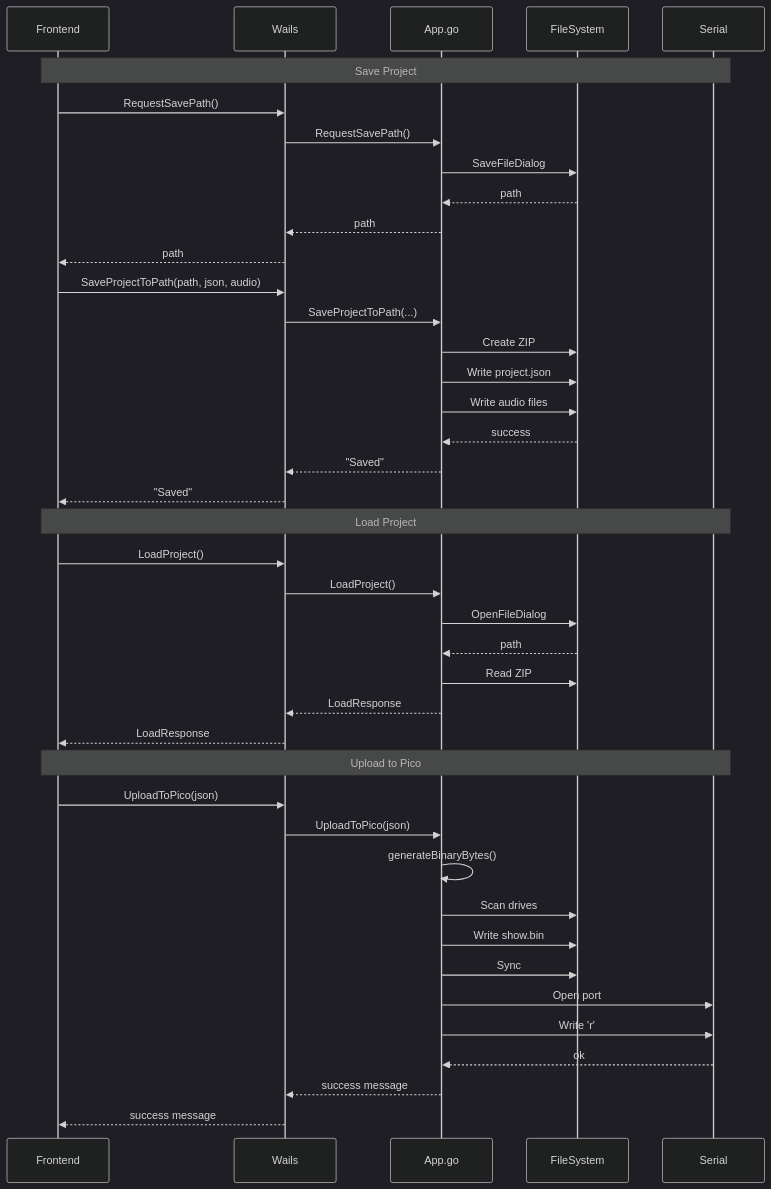
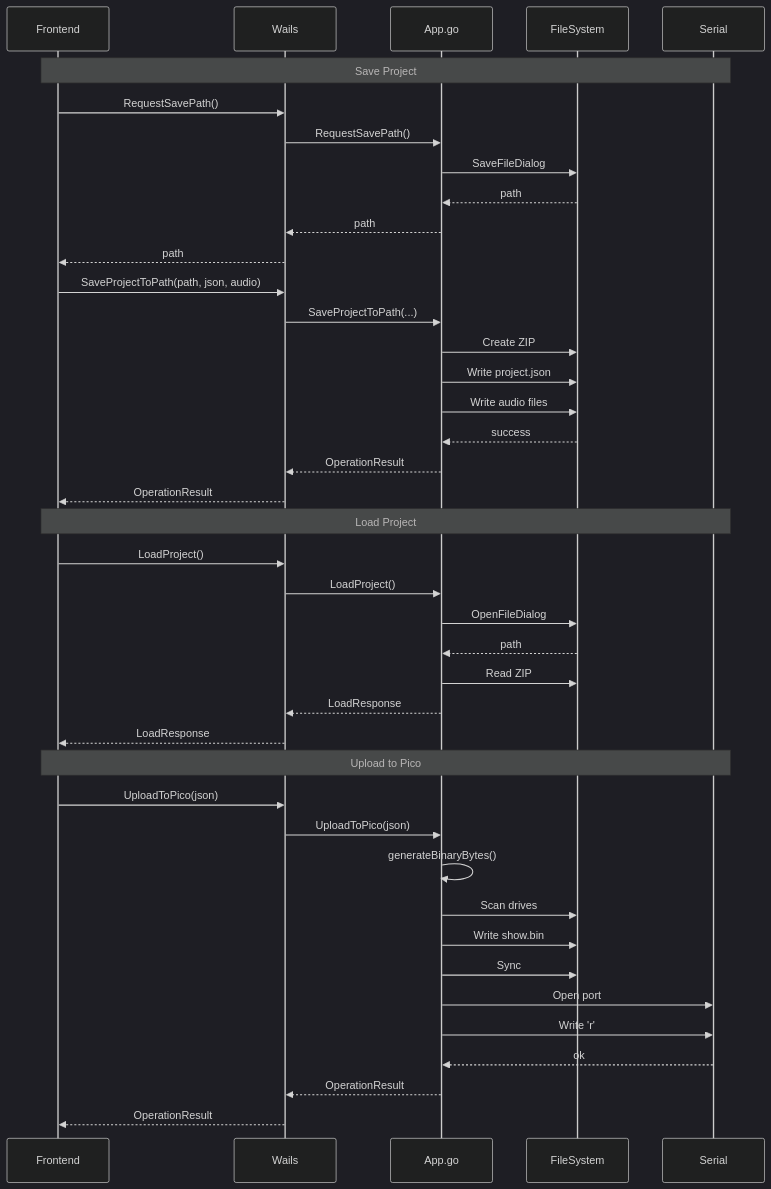
Before and after one commit to picolume/studio: diagram 11 of 11 in SOFTWARE_REQUIREMENTS_DOCUMENT.md, drawn with Mermaid (dark theme). The commit also changed other lines of this file and 2 other files, not shown here.

````diff
--- a/SOFTWARE_REQUIREMENTS_DOCUMENT.md
+++ b/SOFTWARE_REQUIREMENTS_DOCUMENT.md
@@ -1563,48 +1595,48 @@
 ```mermaid
 sequenceDiagram
     participant Frontend
     participant Wails
     participant App.go
     participant FileSystem
     participant Serial
 
     Note over Frontend,Serial: Save Project
     Frontend->>Wails: RequestSavePath()
     Wails->>App.go: RequestSavePath()
     App.go->>FileSystem: SaveFileDialog
     FileSystem-->>App.go: path
     App.go-->>Wails: path
     Wails-->>Frontend: path
 
     Frontend->>Wails: SaveProjectToPath(path, json, audio)
     Wails->>App.go: SaveProjectToPath(...)
     App.go->>FileSystem: Create ZIP
     App.go->>FileSystem: Write project.json
     App.go->>FileSystem: Write audio files
     FileSystem-->>App.go: success
-    App.go-->>Wails: "Saved"
-    Wails-->>Frontend: "Saved"
+    App.go-->>Wails: OperationResult
+    Wails-->>Frontend: OperationResult
 
     Note over Frontend,Serial: Load Project
     Frontend->>Wails: LoadProject()
     Wails->>App.go: LoadProject()
     App.go->>FileSystem: OpenFileDialog
     FileSystem-->>App.go: path
     App.go->>FileSystem: Read ZIP
     App.go-->>Wails: LoadResponse
     Wails-->>Frontend: LoadResponse
 
     Note over Frontend,Serial: Upload to Pico
     Frontend->>Wails: UploadToPico(json)
     Wails->>App.go: UploadToPico(json)
     App.go->>App.go: generateBinaryBytes()
     App.go->>FileSystem: Scan drives
     App.go->>FileSystem: Write show.bin
     App.go->>FileSystem: Sync
     App.go->>Serial: Open port
     App.go->>Serial: Write 'r'
     Serial-->>App.go: ok
 
-    App.go-->>Wails: success message
-    Wails-->>Frontend: success message
+    App.go-->>Wails: OperationResult
+    Wails-->>Frontend: OperationResult
 ```
````
